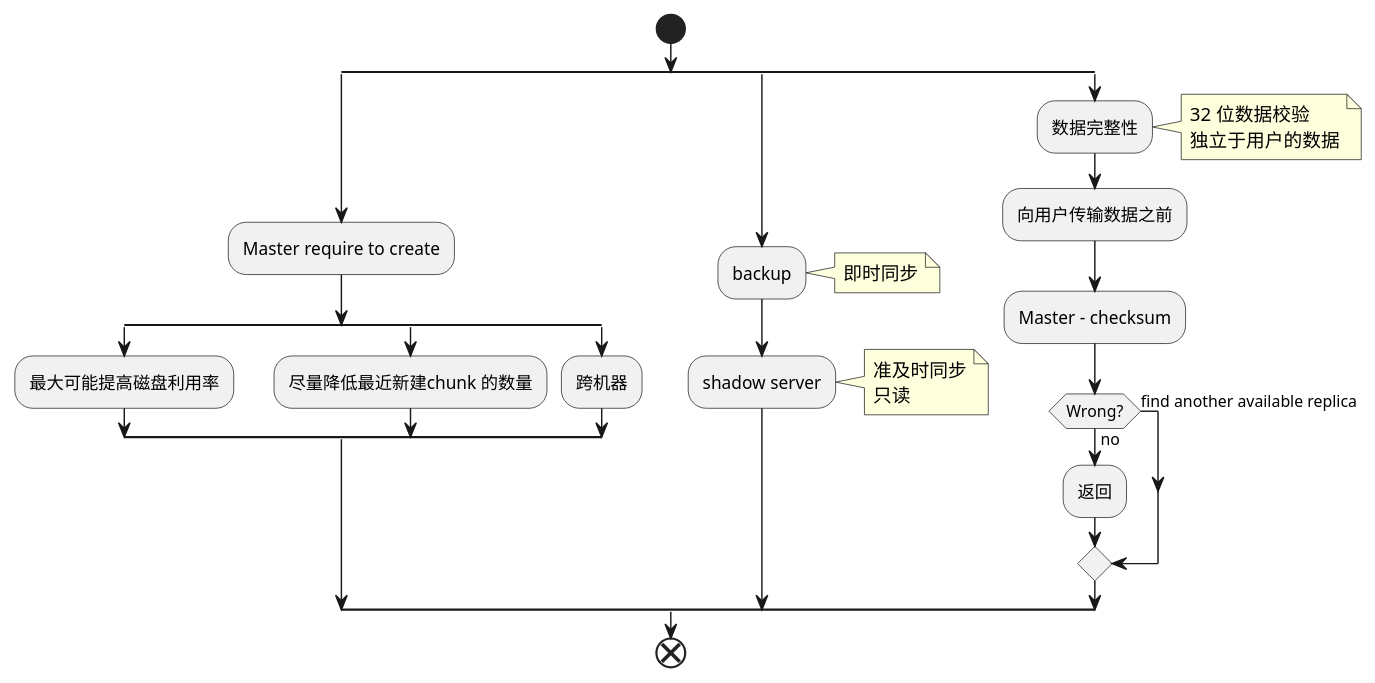
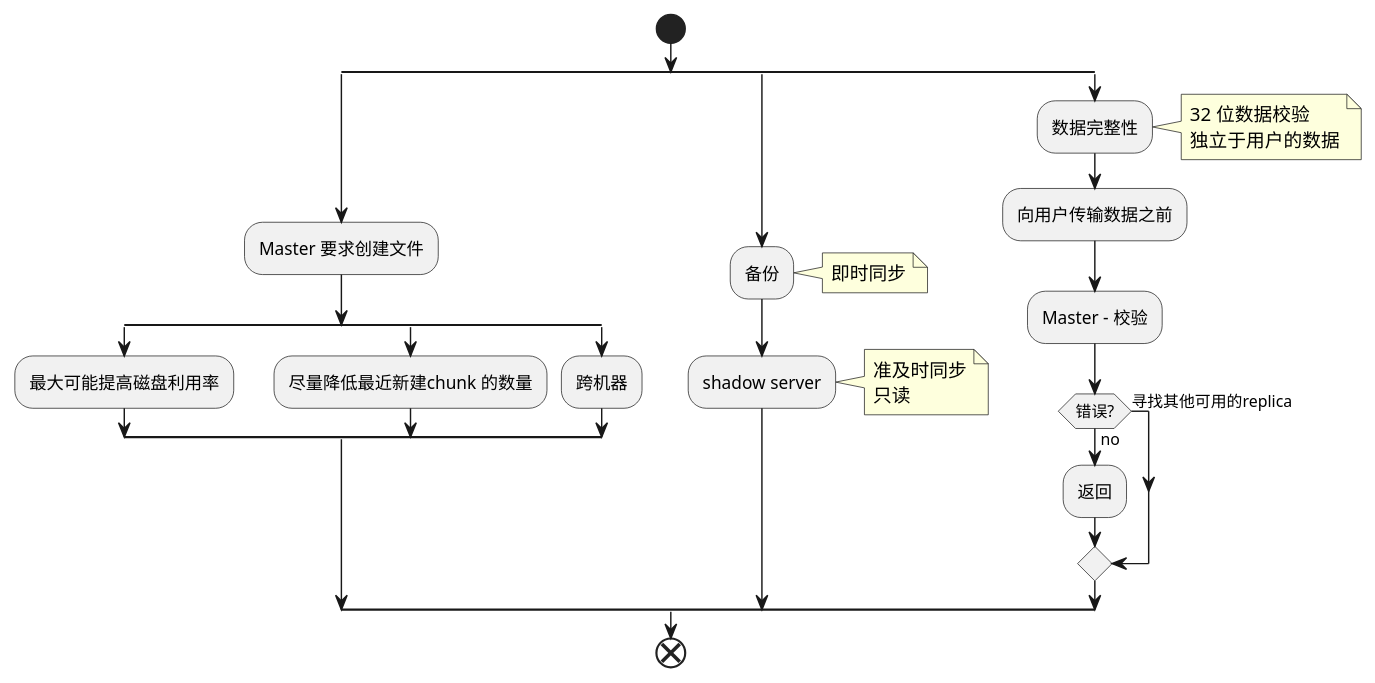
One commit to sonderlau/UML-Lesson changed the diagram in src/Activity/function-chunkserver.wsd. Above: the diagram before and after it, drawn with PlantUML. The commit also changed 10 other files, not shown here.

```diff
--- a/src/Activity/function-chunkserver.wsd
+++ b/src/Activity/function-chunkserver.wsd
@@ -1,43 +1,43 @@
 @startuml "ChunkServer"
 start
 split
-    :Master require to create;
+    :Master 要求创建文件;
 
     split
         :最大可能提高磁盘利用率;
     split again
         :尽量降低最近新建chunk 的数量;
     split again
         :跨机器;
     end split
 
 split again
-    :backup;
+    :备份;
     note right
         即时同步
     end note
 
     :shadow server;
     note right
         准及时同步
         只读
     end note
 
 split again 
     :数据完整性;
     note right
         32 位数据校验
         独立于用户的数据
     end note
 
     :向用户传输数据之前;
-    :Master - checksum;
-    if(Wrong?) then(find another available replica)
+    :Master - 校验;
+    if(错误?) then(寻找其他可用的replica)
     else(no)
         :返回;
     endif
 
 end split
 
 end
 @enduml
```
